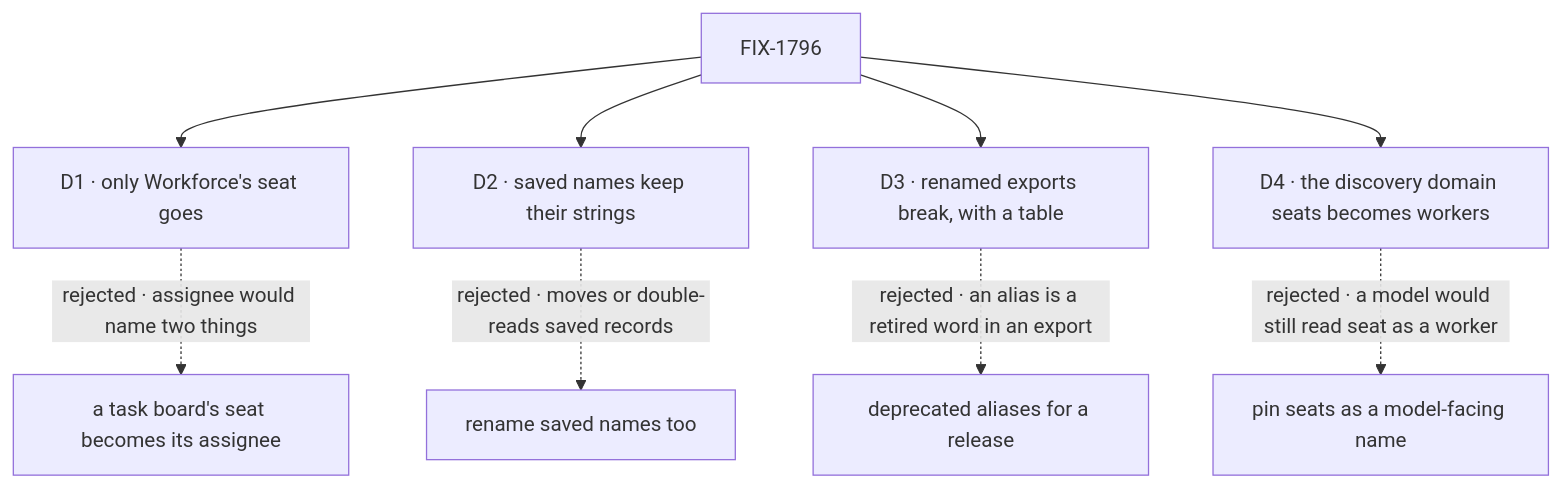
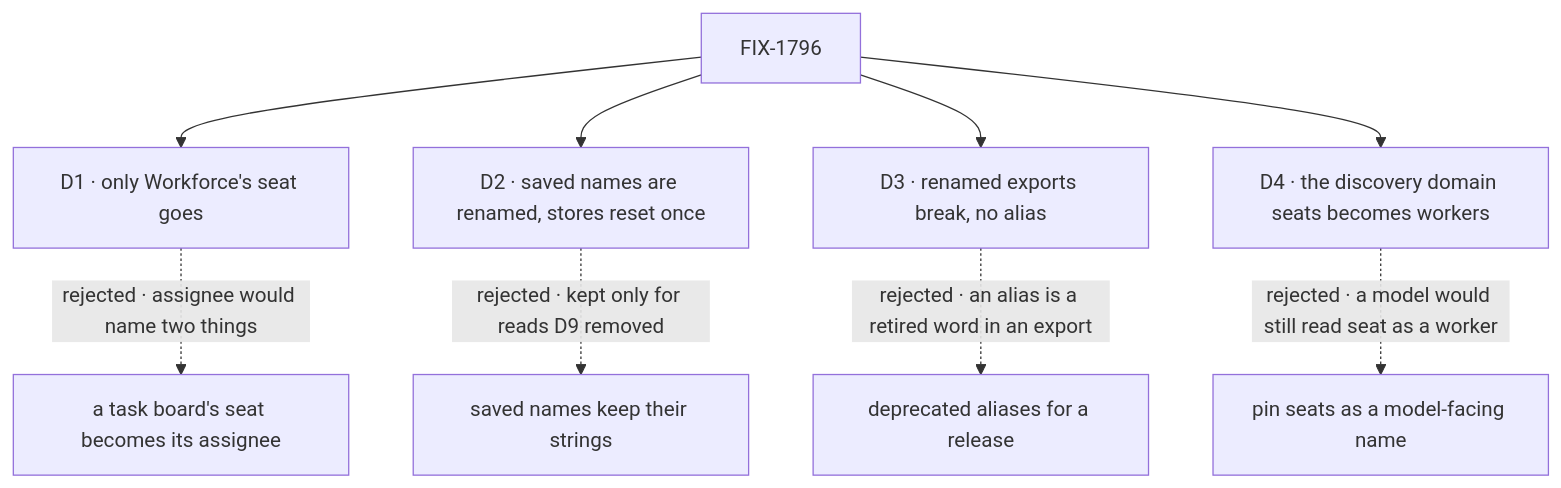
The diagram in specs/issues/FIX-1796/DECISIONS.md (fixpoint-labs/flow-state-dev), drawn with Mermaid before and after one commit. The commit also changed other lines of this file and 37 other files, not shown here.

````diff
--- a/specs/issues/FIX-1796/DECISIONS.md
+++ b/specs/issues/FIX-1796/DECISIONS.md
@@ -11,11 +11,11 @@
 ```mermaid
 flowchart TD
   I["FIX-1796"] --> D1["D1 · only Workforce's seat goes"]
   D1 -.->|"rejected · assignee would name two things"| X1["a task board's seat becomes its assignee"]
-  I --> D2["D2 · saved names keep their strings"]
-  D2 -.->|"rejected · moves or double-reads saved records"| X2["rename saved names too"]
-  I --> D3["D3 · renamed exports break, with a table"]
+  I --> D2["D2 · saved names are renamed, stores reset once"]
+  D2 -.->|"rejected · kept only for reads D9 removed"| X2["saved names keep their strings"]
+  I --> D3["D3 · renamed exports break, no alias"]
   D3 -.->|"rejected · an alias is a retired word in an export"| X3["deprecated aliases for a release"]
   I --> D4["D4 · the discovery domain seats becomes workers"]
   D4 -.->|"rejected · a model would still read seat as a worker"| X4["pin seats as a model-facing name"]
 ```
````
